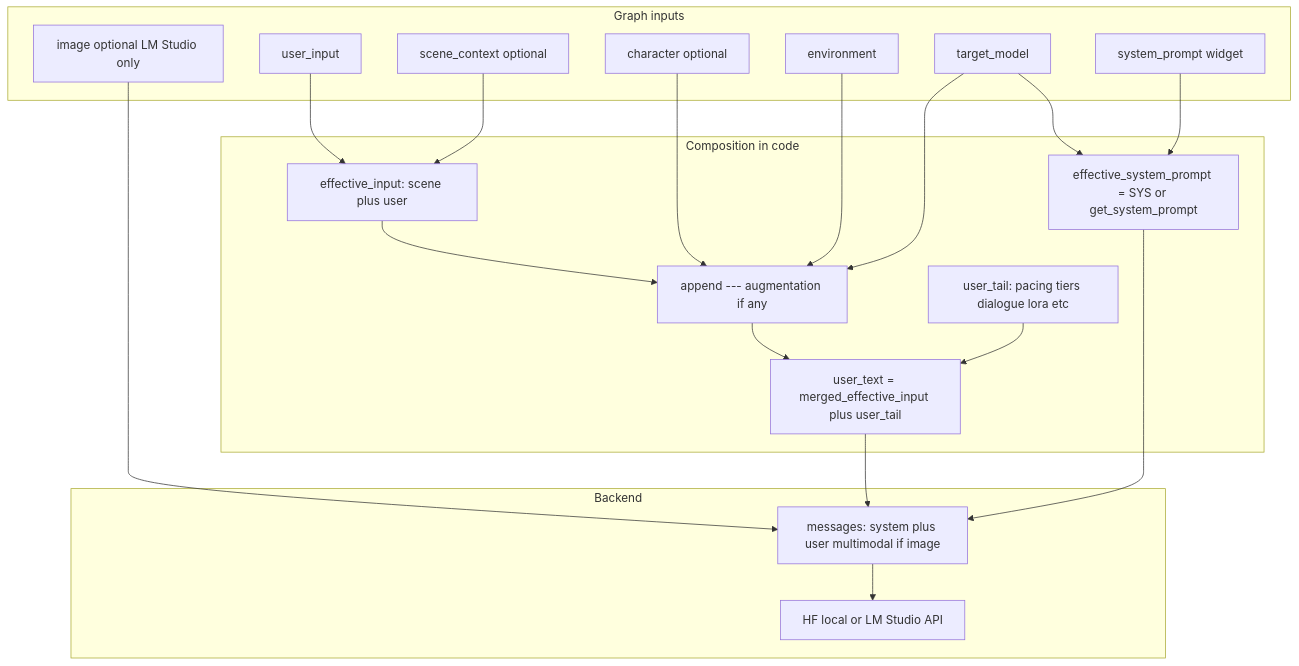
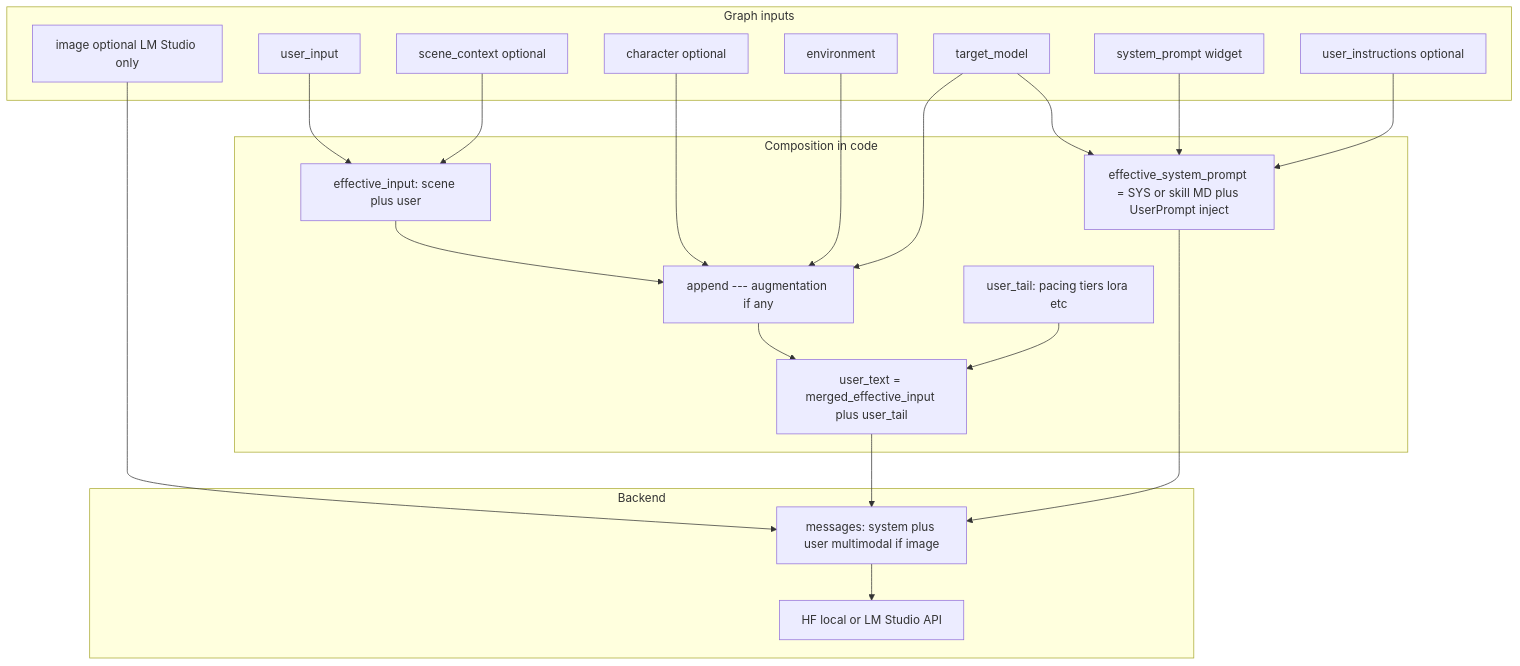
The diagram in docs/nodes/lazyprompt-prompt-enhancement.md (vsaan212/Vsaan212-workflow-utilities), drawn with Mermaid before and after one commit. The commit also changed other lines of this file and 15 other files, not shown here.

````diff
--- a/docs/nodes/lazyprompt-prompt-enhancement.md
+++ b/docs/nodes/lazyprompt-prompt-enhancement.md
@@ -20,40 +20,42 @@
 ```mermaid
 flowchart TD
   subgraph inputs [Graph inputs]
     UI[user_input]
     SC[scene_context optional]
     CH[character optional]
     ENV[environment]
     IMG[image optional LM Studio only]
     SYS[system_prompt widget]
+    UIN[user_instructions optional]
     TM[target_model]
   end
 
   subgraph compose [Composition in code]
     EI[effective_input: scene plus user]
     MERGE["append --- augmentation if any"]
-    TAIL[user_tail: pacing tiers dialogue lora etc]
+    TAIL[user_tail: pacing tiers lora etc]
     UTXT["user_text = merged_effective_input plus user_tail"]
-    ESP["effective_system_prompt = SYS or get_system_prompt"]
+    ESP["effective_system_prompt = SYS or skill MD plus UserPrompt inject"]
   end
 
   subgraph api [Backend]
     MSG["messages: system plus user multimodal if image"]
     LLM[HF local or LM Studio API]
   end
 
   UI --> EI
   SC --> EI
   EI --> MERGE
   CH --> MERGE
   ENV --> MERGE
   TM --> MERGE
   MERGE --> UTXT
   TAIL --> UTXT
   TM --> ESP
   SYS --> ESP
+  UIN --> ESP
   IMG --> MSG
   UTXT --> MSG
   ESP --> MSG
   MSG --> LLM
 ```
````
